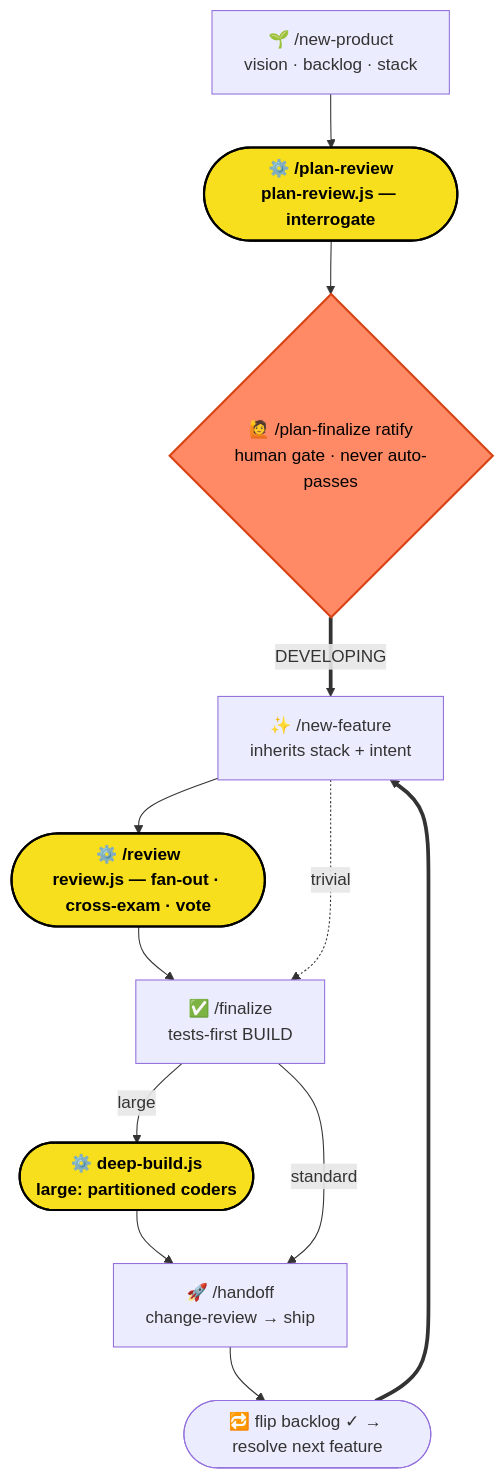
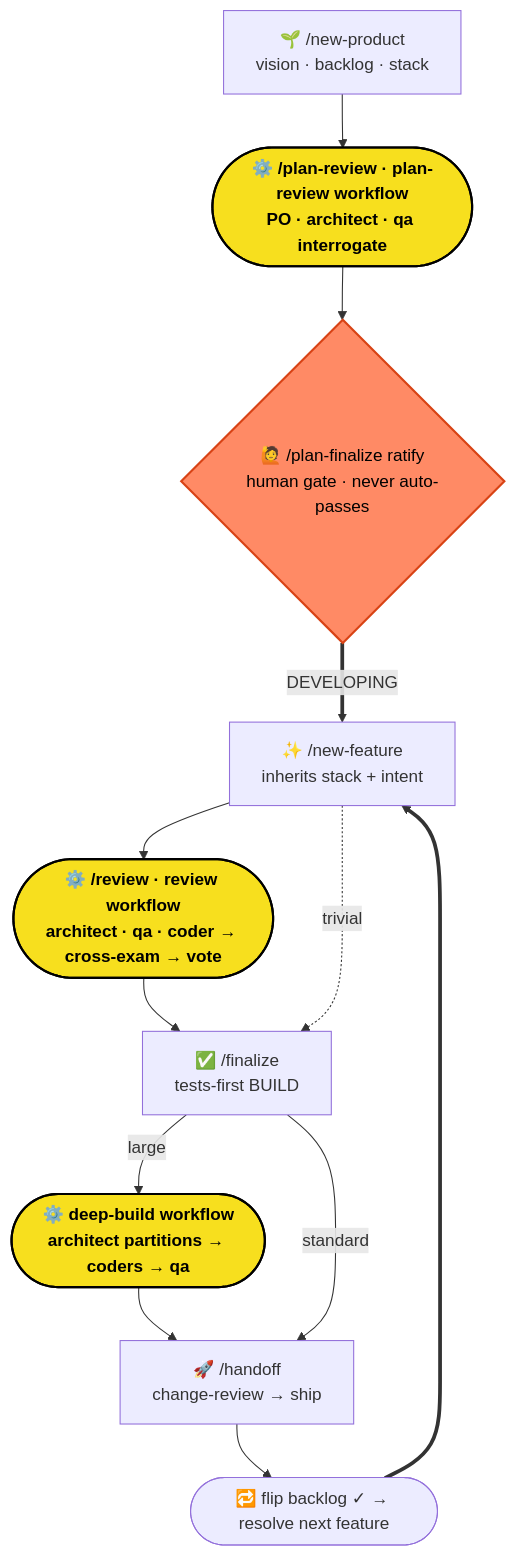
One commit to rocar/build-fleet changed the second of 3 diagrams in README.md. Above: the diagram before and after it, drawn with Mermaid. The commit also changed other lines of this file, not shown here.

First line of the commit message:
docs: label workflow nodes explicitly + annotate agents

````diff
--- a/README.md
+++ b/README.md
@@ -75,25 +75,25 @@
 ```mermaid
 flowchart TD
     NP["🌱 /new-product<br/>vision · backlog · stack"]
-    PR(["⚙️ /plan-review<br/>plan-review.js — interrogate"])
+    PR(["⚙️ /plan-review · plan-review workflow<br/>PO · architect · qa interrogate"])
     PF{"🙋 /plan-finalize ratify<br/>human gate · never auto-passes"}
     NF["✨ /new-feature<br/>inherits stack + intent"]
-    RV(["⚙️ /review<br/>review.js — fan-out · cross-exam · vote"])
+    RV(["⚙️ /review · review workflow<br/>architect · qa · coder → cross-exam → vote"])
     FZ["✅ /finalize<br/>tests-first BUILD"]
-    DB(["⚙️ deep-build.js<br/>large: partitioned coders"])
+    DB(["⚙️ deep-build workflow<br/>architect partitions → coders → qa"])
     HO["🚀 /handoff<br/>change-review → ship"]
     LOOP(["🔁 flip backlog ✓ → resolve next feature"])
 
     NP --> PR --> PF
     PF ==>|DEVELOPING| NF
     NF --> RV --> FZ
     NF -.->|trivial| FZ
     FZ -->|large| DB --> HO
     FZ -->|standard| HO
     HO --> LOOP ==> NF
 
     classDef js fill:#f7df1e,color:#000,stroke:#000,stroke-width:2px,font-weight:bold;
     classDef gate fill:#ff8a65,color:#000,stroke:#d84315,stroke-width:2px;
     class PR,RV,DB js;
     class PF gate;
 ```
````
